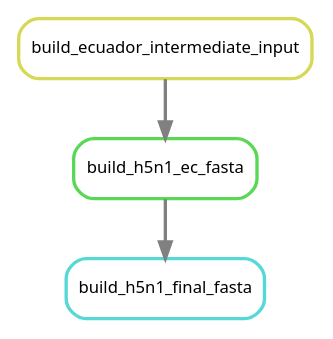
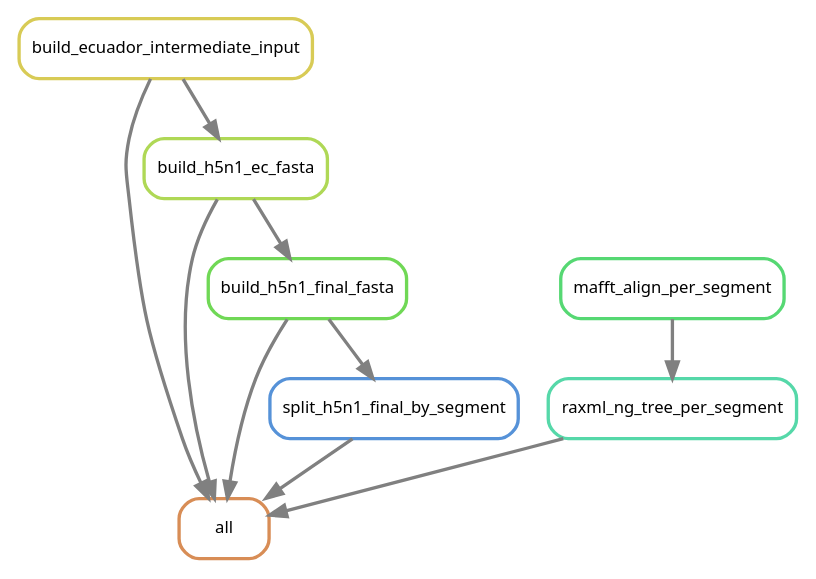
Before and after one commit to Sebysemily/Flu: the diagram in analysis/pipeline_rulegraph.dot, drawn with Graphviz. The commit also changed 32 other files, not shown here.

Commit message:
actualizado README y pipeline graphs hasta ml por region

```diff
--- a/analysis/pipeline_rulegraph.dot
+++ b/analysis/pipeline_rulegraph.dot
@@ -1,10 +1,21 @@
 digraph snakemake_dag {
     graph[bgcolor=white, margin=0];
     node[shape=box, style=rounded, fontname=sans,                 fontsize=10, penwidth=2];
     edge[penwidth=2, color=grey];
-	0[label = "build_h5n1_final_fasta", color = "0.50 0.6 0.85", style="rounded"];
-	1[label = "build_h5n1_ec_fasta", color = "0.33 0.6 0.85", style="rounded"];
-	2[label = "build_ecuador_intermediate_input", color = "0.17 0.6 0.85", style="rounded"];
+	0[label = "all", color = "0.07 0.6 0.85", style="rounded"];
+	1[label = "build_ecuador_intermediate_input", color = "0.15 0.6 0.85", style="rounded"];
+	2[label = "build_h5n1_ec_fasta", color = "0.22 0.6 0.85", style="rounded"];
+	3[label = "build_h5n1_final_fasta", color = "0.30 0.6 0.85", style="rounded"];
+	4[label = "split_h5n1_final_by_segment", color = "0.59 0.6 0.85", style="rounded"];
+	5[label = "raxml_ng_tree_per_segment", color = "0.44 0.6 0.85", style="rounded"];
+	6[label = "mafft_align_per_segment", color = "0.37 0.6 0.85", style="rounded"];
+	3 -> 0
+	5 -> 0
 	1 -> 0
-	2 -> 1
+	4 -> 0
+	2 -> 0
+	1 -> 2
+	2 -> 3
+	3 -> 4
+	6 -> 5
 }            
```
